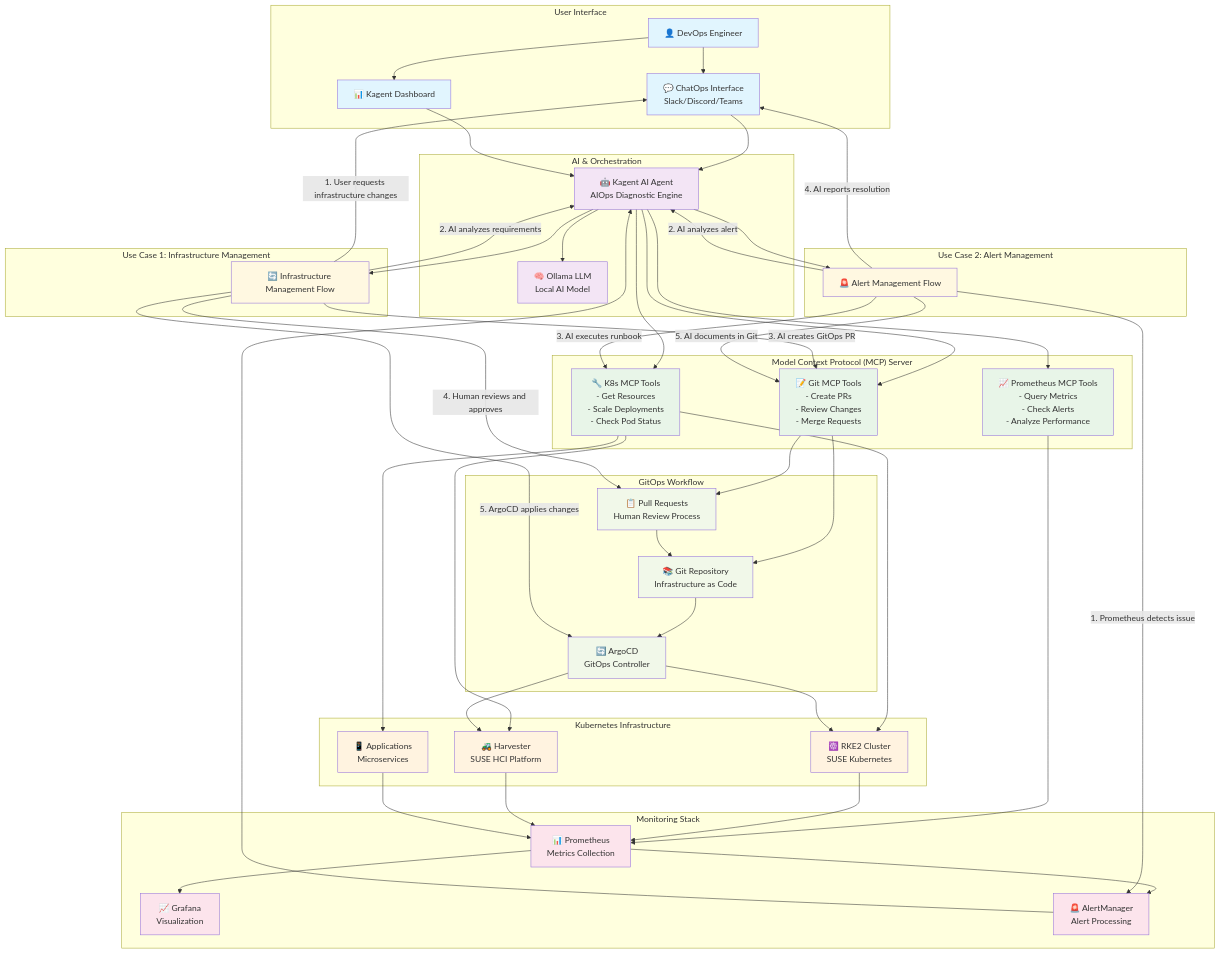
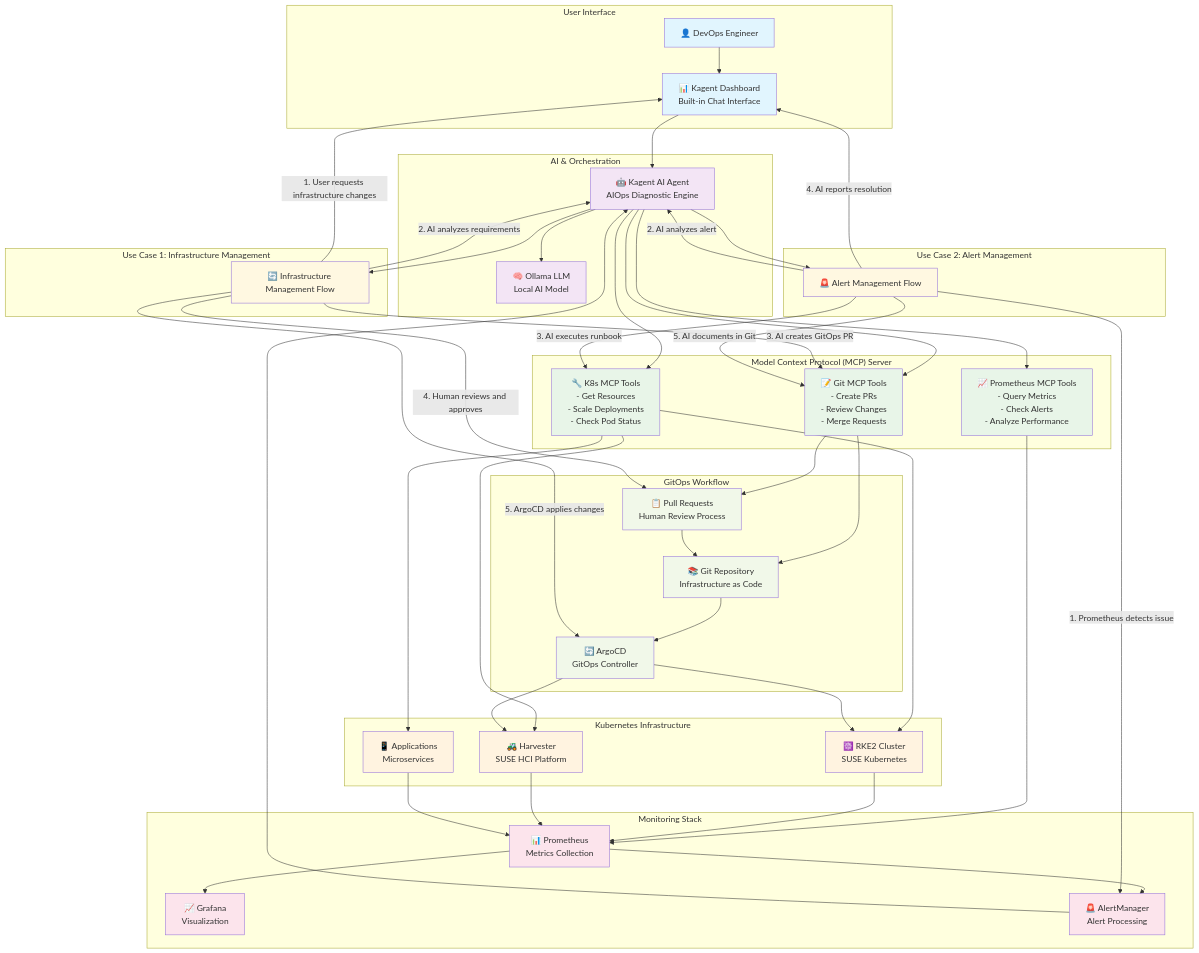
The diagram in usecase-diagram.md (devenkulkarni/CFP-kagent), drawn with Mermaid before and after one commit. The commit also changed 1 other file, not shown here.

Commit message:
Simplify architecture: Remove external ChatOps, use built-in kagent dashboard

```diff
--- a/usecase-diagram.md
+++ b/usecase-diagram.md
@@ -7,8 +7,7 @@
     %% User Interface Layer
     subgraph "User Interface"
         User[👤 DevOps Engineer]
-        ChatOps[💬 ChatOps Interface<br/>Slack/Discord/Teams]
-        Dashboard[📊 Kagent Dashboard]
+        Dashboard[📊 Kagent Dashboard<br/>Built-in Chat Interface]
     end
 
     %% AI Layer
@@ -56,9 +55,7 @@
     end
 
     %% User Interactions
-    User --> ChatOps
     User --> Dashboard
-    ChatOps --> Kagent
     Dashboard --> Kagent
 
     %% AI Processing
@@ -94,7 +91,7 @@
     Kagent --> UC2_Flow
 
     %% Use Case 1 Details
-    UC1_Flow --> |"1. User requests infrastructure changes"| ChatOps
+    UC1_Flow --> |"1. User requests infrastructure changes"| Dashboard
     UC1_Flow --> |"2. AI analyzes requirements"| Kagent
     UC1_Flow --> |"3. AI creates GitOps PR"| MCP_Git
     UC1_Flow --> |"4. Human reviews and approves"| PR
@@ -104,7 +101,7 @@
     UC2_Flow --> |"1. Prometheus detects issue"| Alerts
     UC2_Flow --> |"2. AI analyzes alert"| Kagent
     UC2_Flow --> |"3. AI executes runbook"| MCP_K8s
-    UC2_Flow --> |"4. AI reports resolution"| ChatOps
+    UC2_Flow --> |"4. AI reports resolution"| Dashboard
     UC2_Flow --> |"5. AI documents in Git"| MCP_Git
 
     %% Styling
@@ -116,7 +113,7 @@
     classDef gitops fill:#f1f8e9
     classDef usecase fill:#fff8e1
 
-    class User,ChatOps,Dashboard userInterface
+    class User,Dashboard userInterface
     class Kagent,Ollama aiLayer
     class MCP_K8s,MCP_Git,MCP_Prometheus mcpLayer
     class RKE2,Harvester,Apps infrastructure
```
